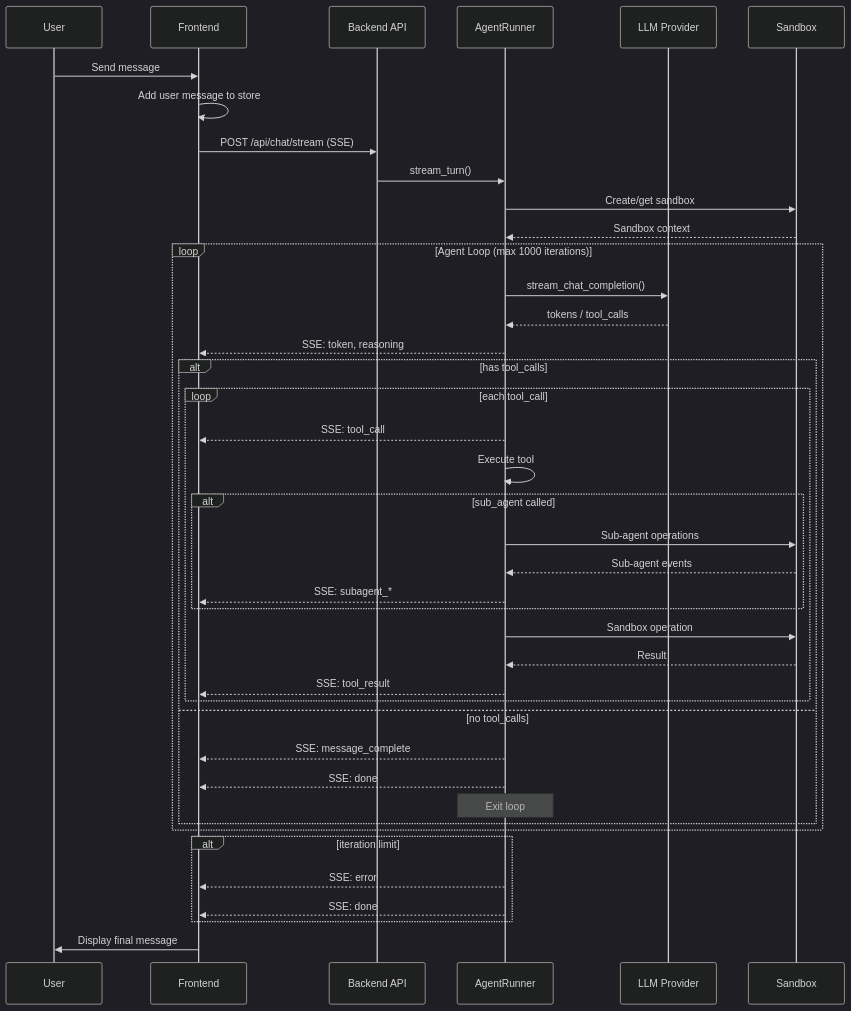
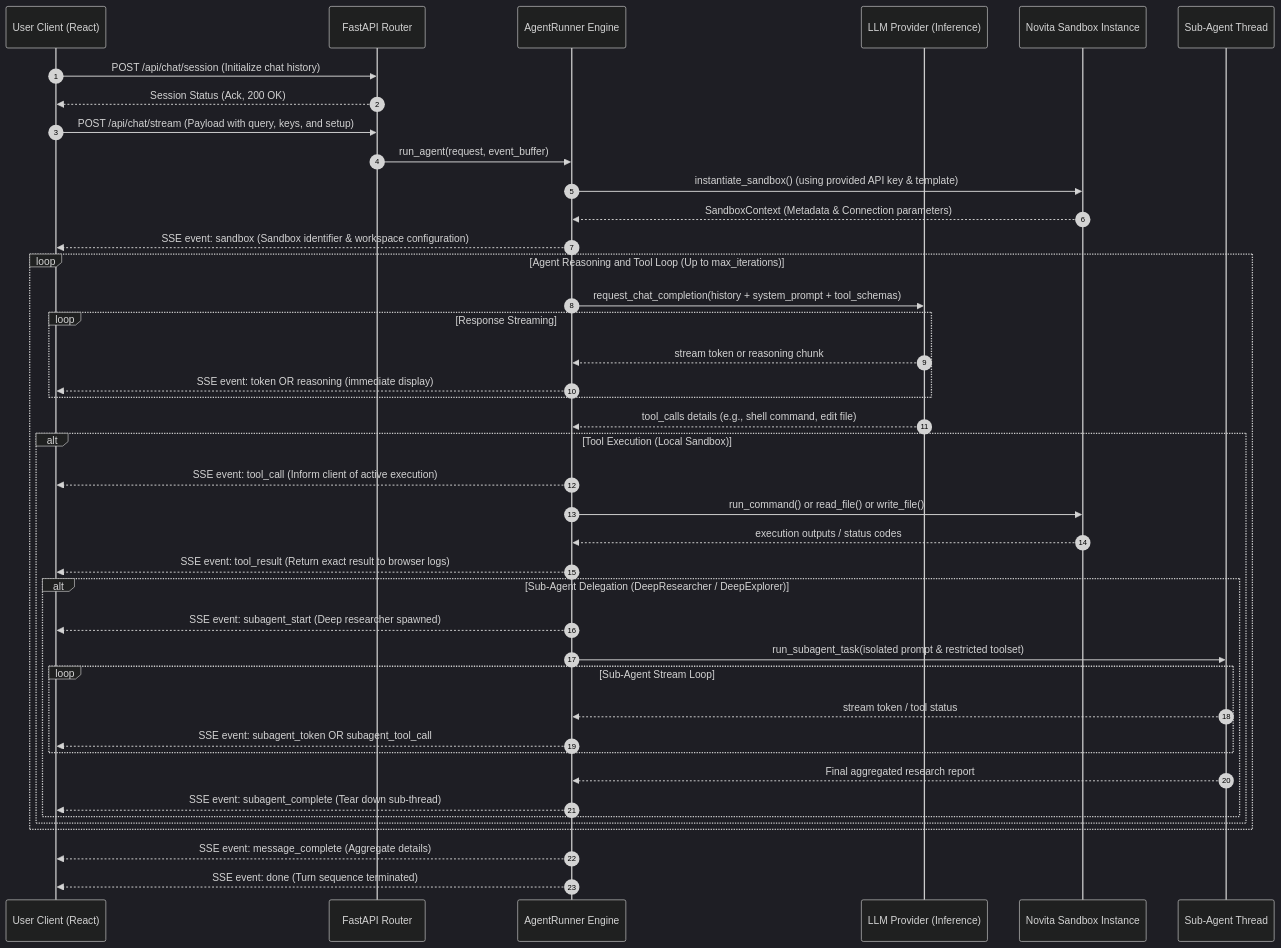
Before and after one commit to opencurro-ai/OpenCurro: the second of 2 diagrams in README.md, drawn with Mermaid (dark theme). The commit also changed other lines of this file and 2 other files, not shown here.

Commit message:
docs: create comprehensive, production-quality README files for root, backend, and frontend

````diff
--- a/README.md
+++ b/README.md
@@ -162,44 +160,48 @@
 ```mermaid
 sequenceDiagram
-    participant U as User
-    participant F as Frontend
-    participant B as Backend API
-    participant A as AgentRunner
-    participant P as LLM Provider
-    participant S as Sandbox
+    autonumber
+    participant U as User Client (React)
+    participant B as FastAPI Router
+    participant AR as AgentRunner Engine
+    participant LLM as LLM Provider (Inference)
+    participant NS as Novita Sandbox Instance
+    participant SUB as Sub-Agent Thread
 
-    U->>F: Send message
-    F->>F: Add user message to store
-    F->>B: POST /api/chat/stream (SSE)
-    B->>A: stream_turn()
-    A->>S: Create/get sandbox
-    S-->>A: Sandbox context
-    loop Agent Loop (max 1000 iterations)
-        A->>P: stream_chat_completion()
-        P-->>A: tokens / tool_calls
-        A-->>F: SSE: token, reasoning
-        alt has tool_calls
-            loop each tool_call
-                A-->>F: SSE: tool_call
-                A->>A: Execute tool
-                alt sub_agent called
-                    A->>S: Sub-agent operations
-                    S-->>A: Sub-agent events
-                    A-->>F: SSE: subagent_*
-                end
-                A->>S: Sandbox operation
-                S-->>A: Result
-                A-->>F: SSE: tool_result
+    U->>B: POST /api/chat/session (Initialize chat history)
+    B-->>U: Session Status (Ack, 200 OK)
+    U->>B: POST /api/chat/stream (Payload with query, keys, and setup)
+    B->>AR: run_agent(request, event_buffer)
+    AR->>NS: instantiate_sandbox() (using provided API key & template)
+    NS-->>AR: SandboxContext (Metadata & Connection parameters)
+    AR-->>U: SSE event: sandbox (Sandbox identifier & workspace configuration)
+
+    loop Agent Reasoning and Tool Loop (Up to max_iterations)
+        AR->>LLM: request_chat_completion(history + system_prompt + tool_schemas)
+        loop Response Streaming
+            LLM-->>AR: stream token or reasoning chunk
+            AR-->>U: SSE event: token OR reasoning (immediate display)
+        end
+        LLM-->>AR: tool_calls details (e.g., shell command, edit file)
+
+        alt Tool Execution (Local Sandbox)
+            AR-->>U: SSE event: tool_call (Inform client of active execution)
+            AR->>NS: run_command() or read_file() or write_file()
+            NS-->>AR: execution outputs / status codes
+            AR-->>U: SSE event: tool_result (Return exact result to browser logs)
+
+        alt Sub-Agent Delegation (DeepResearcher / DeepExplorer)
+            AR-->>U: SSE event: subagent_start (Deep researcher spawned)
+            AR->>SUB: run_subagent_task(isolated prompt & restricted toolset)
+            loop Sub-Agent Stream Loop
+                SUB-->>AR: stream token / tool status
+                AR-->>U: SSE event: subagent_token OR subagent_tool_call
             end
-        else no tool_calls
-            A-->>F: SSE: message_complete
-            A-->>F: SSE: done
-            Note over A: Exit loop
+            SUB-->>AR: Final aggregated research report
+            AR-->>U: SSE event: subagent_complete (Tear down sub-thread)
+        end
         end
     end
-    alt iteration limit
-        A-->>F: SSE: error
-        A-->>F: SSE: done
-    end
-    F->>U: Display final message
+
+    AR-->>U: SSE event: message_complete (Aggregate details)
+    AR-->>U: SSE event: done (Turn sequence terminated)
 ```
````
